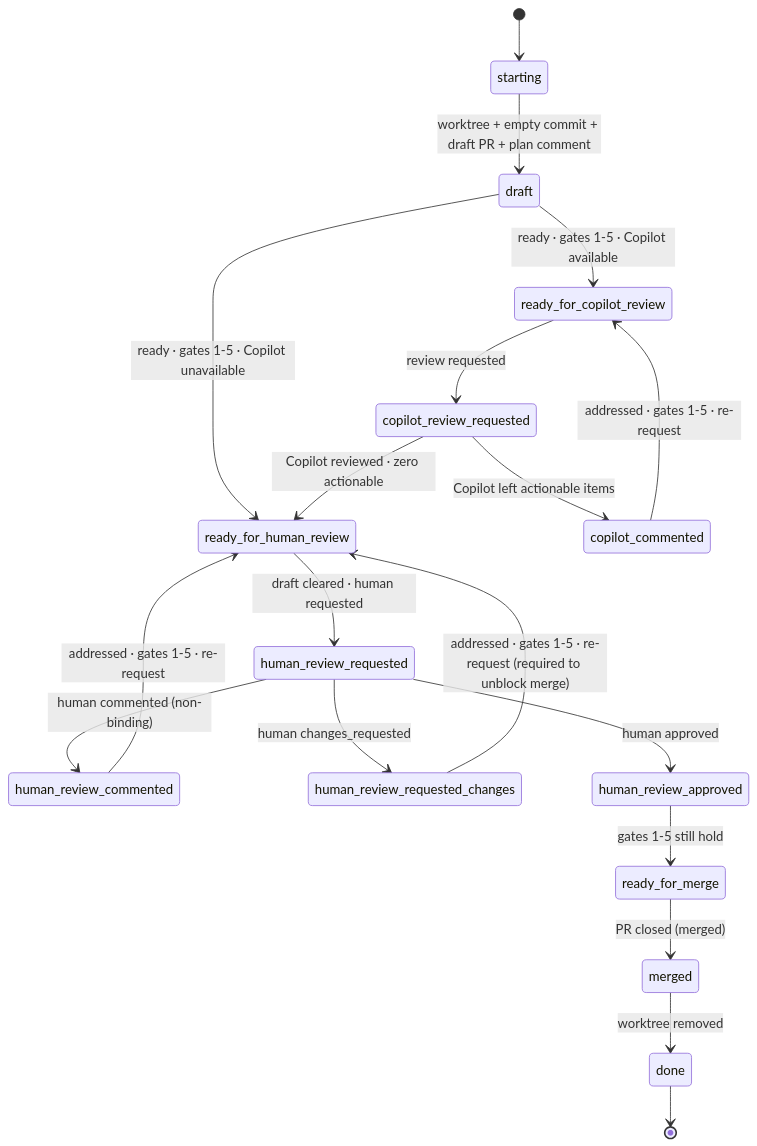
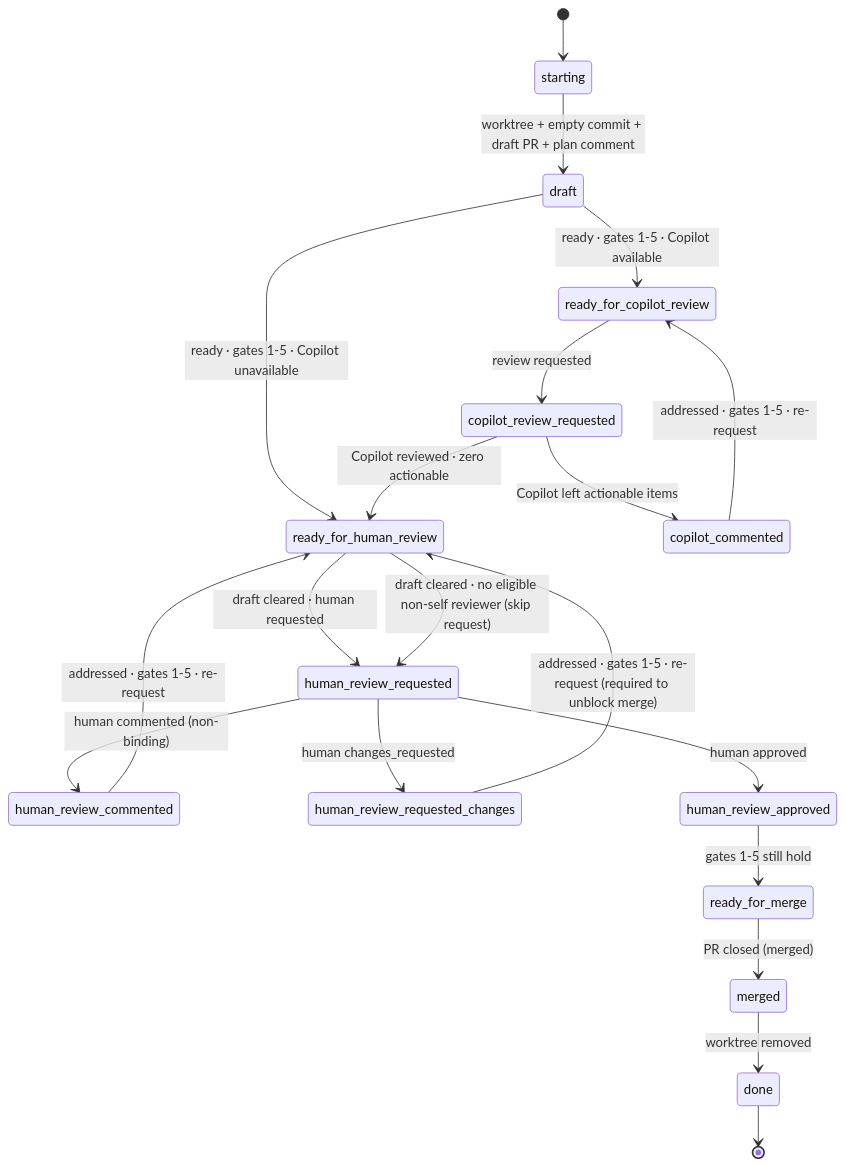
One commit to ianwremmel/agentic changed the diagram in plugins/dispatch/skills/deliver/SKILL.md. Above: the diagram before and after it, drawn with Mermaid. The commit also changed other lines of this file and 3 other files, not shown here.

First line of the commit message:
deliver: poll for closure when self is sole reviewer; harden actionability

````diff
--- a/plugins/dispatch/skills/deliver/SKILL.md
+++ b/plugins/dispatch/skills/deliver/SKILL.md
@@ -34,33 +34,34 @@
 ```mermaid
 stateDiagram-v2
     [*] --> starting
 
     starting --> draft: worktree + empty commit + draft PR + plan comment
 
     draft --> ready_for_copilot_review: ready · gates 1-5 · Copilot available
     draft --> ready_for_human_review: ready · gates 1-5 · Copilot unavailable
 
     ready_for_copilot_review --> copilot_review_requested: review requested
 
     copilot_review_requested --> copilot_commented: Copilot left actionable items
     copilot_review_requested --> ready_for_human_review: Copilot reviewed · zero actionable
 
     copilot_commented --> ready_for_copilot_review: addressed · gates 1-5 · re-request
 
     ready_for_human_review --> human_review_requested: draft cleared · human requested
+    ready_for_human_review --> human_review_requested: draft cleared · no eligible non-self reviewer (skip request)
 
     human_review_requested --> human_review_commented: human commented (non-binding)
     human_review_requested --> human_review_requested_changes: human changes_requested
     human_review_requested --> human_review_approved: human approved
 
     human_review_commented --> ready_for_human_review: addressed · gates 1-5 · re-request
     human_review_requested_changes --> ready_for_human_review: addressed · gates 1-5 · re-request (required to unblock merge)
 
     human_review_approved --> ready_for_merge: gates 1-5 still hold
 
     ready_for_merge --> merged: PR closed (merged)
 
     merged --> done: worktree removed
 
     done --> [*]
 ```
````
